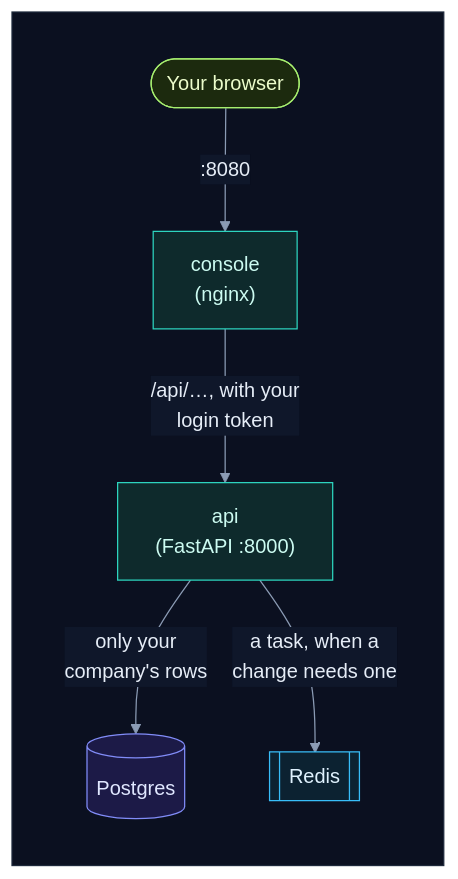
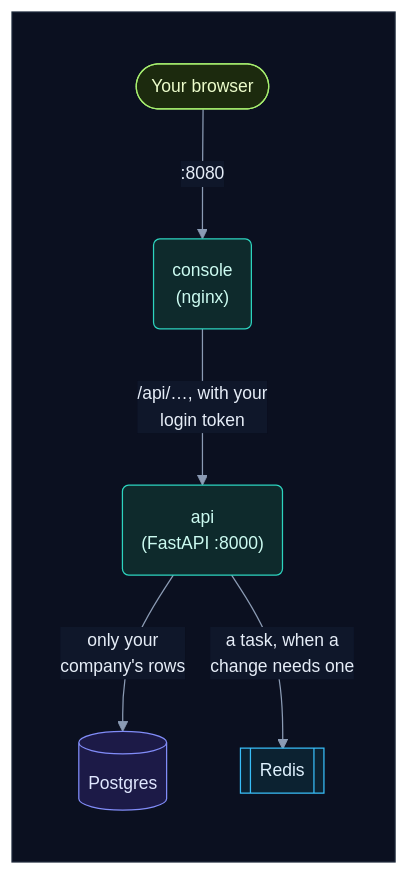
Before and after one commit to selvakumarperumal/Regulatory_Circular_Impact_Agent: the eighth of 8 diagrams in system_overview.md, drawn with Mermaid. The commit also changed other lines of this file and 5 other files, not shown here.

Commit message:
Give the docs' flowcharts a shape per kind of part, more room and slightly smaller text

````diff
--- a/system_overview.md
+++ b/system_overview.md
@@ -337,20 +337,20 @@
 ```mermaid
-%%{init: {"theme": "base", "flowchart": {"diagramPadding": 0}, "themeVariables": {"darkMode": true, "primaryColor": "#16213a", "primaryTextColor": "#e6edf7", "primaryBorderColor": "#475a7a", "lineColor": "#8b9bb4", "secondaryColor": "#1b2436", "tertiaryColor": "#101a2e", "edgeLabelBackground": "#0f172a", "textColor": "#e2e8f0", "clusterBkg": "#0f1728", "clusterBorder": "#2b3a55", "titleColor": "#c4b5fd", "nodeTextColor": "#e6edf7"}}}%%
+%%{init: {"theme": "base", "flowchart": {"diagramPadding": 0, "nodeSpacing": 58, "rankSpacing": 58, "curve": "basis"}, "themeVariables": {"fontSize": "14px", "darkMode": true, "primaryColor": "#16213a", "primaryTextColor": "#e6edf7", "primaryBorderColor": "#475a7a", "lineColor": "#8b9bb4", "secondaryColor": "#1b2436", "tertiaryColor": "#101a2e", "edgeLabelBackground": "#0f172a", "textColor": "#e2e8f0", "clusterBkg": "#0f1728", "clusterBorder": "#2b3a55", "titleColor": "#c4b5fd", "nodeTextColor": "#e6edf7"}}}%%
 flowchart TD
     subgraph canvas[" "]
         direction TB
-        b(["Your browser"]) -->|":8080"| n["console<br/>(nginx)"]
-        n -->|"/api/…, with your<br/>login token"| a["api<br/>(FastAPI :8000)"]
+        b(["Your browser"]) -->|":8080"| n("console<br/>(nginx)")
+        n -->|"/api/…, with your<br/>login token"| a("api<br/>(FastAPI :8000)")
         a -->|"only your<br/>company's rows"| db[("Postgres")]
         a -->|"a task, when a<br/>change needs one"| q[["Redis"]]
     end
     classDef svc fill:#0e2a2c,stroke:#2dd4bf,color:#ccfbf1
     classDef data fill:#1c1a47,stroke:#818cf8,color:#e0e7ff
     classDef start fill:#1c2a0e,stroke:#a7ef6f,color:#ecfccb
     classDef queue fill:#0c2231,stroke:#38bdf8,color:#e0f2fe
     class b start
     class n,a svc
     class db data
     class q queue
     style canvas fill:#0b1020,stroke:#1e293b,color:#0b1020
 ```
````
